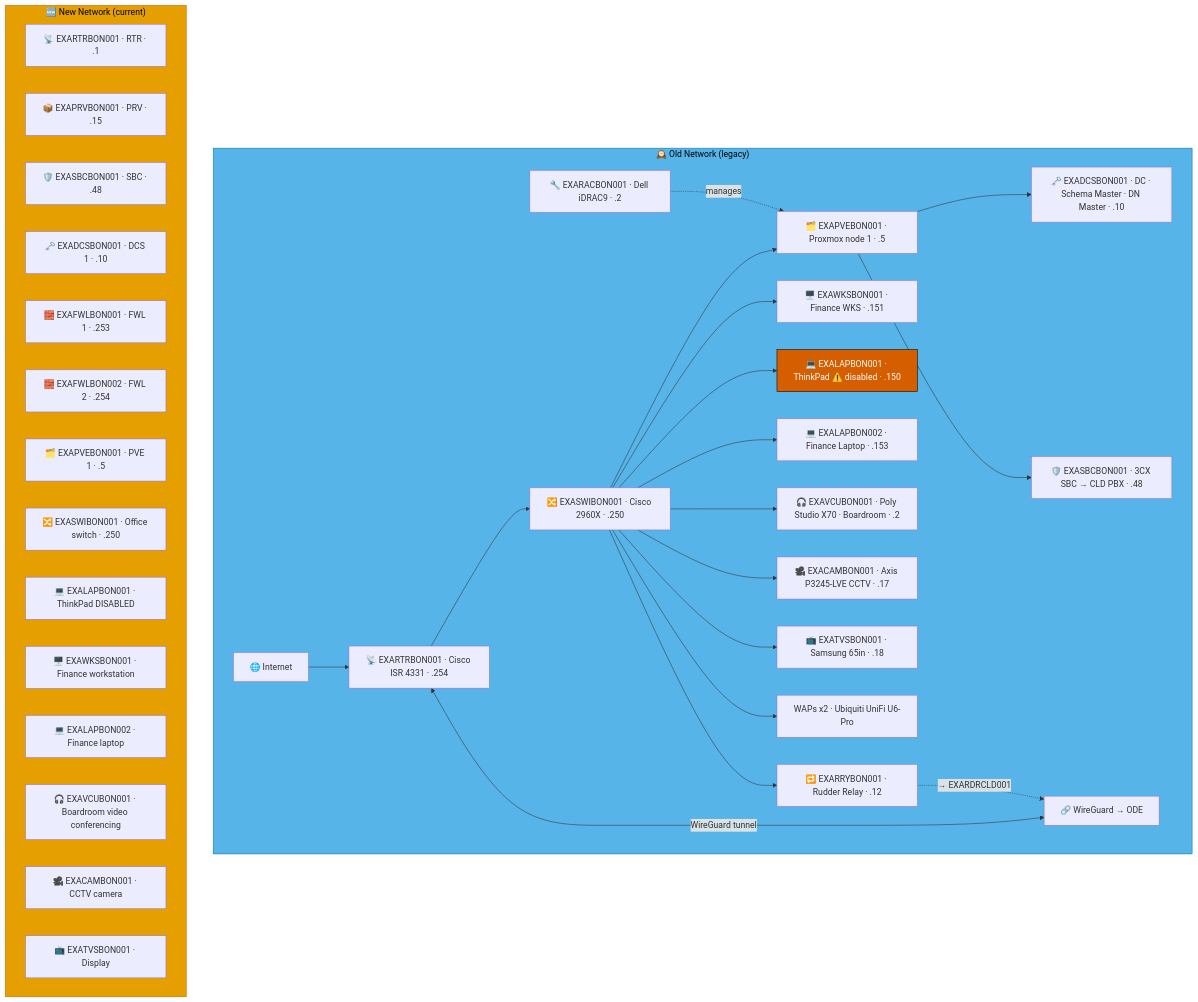
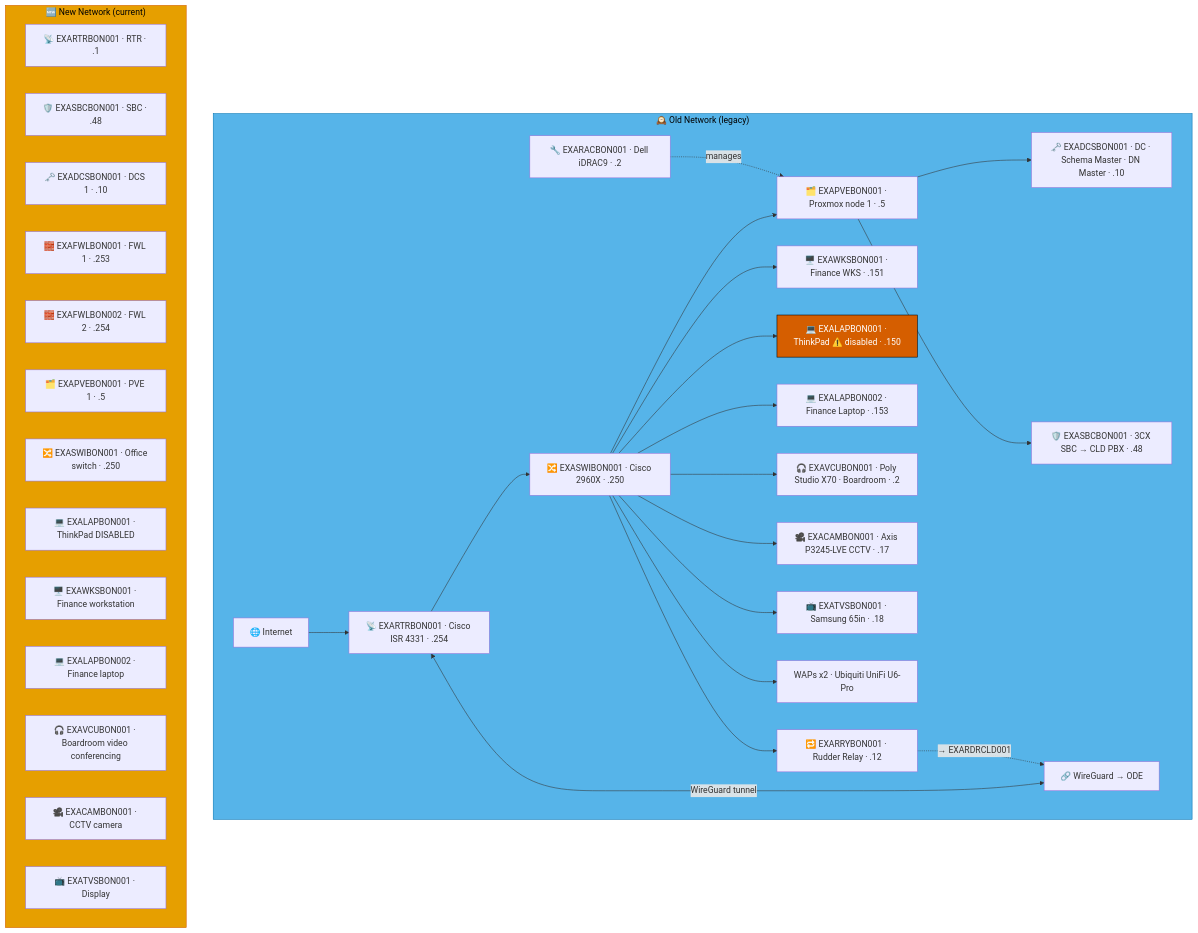
Before and after one commit to knightmare2600/example_music_infra: the first of 5 diagrams in docs/network-diagram/deutschland.md, drawn with Mermaid. The commit also changed other lines of this file and 55 other files, not shown here.

````diff
--- a/docs/network-diagram/deutschland.md
+++ b/docs/network-diagram/deutschland.md
@@ -17,52 +17,51 @@
 ```mermaid
 graph TD
     subgraph OLD_BON ["🕰️ Old Network (legacy)"]
       INET["🌐 Internet"]
       SW["🔀 EXASWIBON001 · Cisco 2960X · .250"]
       RTR["📡 EXARTRBON001 · Cisco ISR 4331 · .254"]
       RAC["🔧 EXARACBON001 · Dell iDRAC9 · .2"]
       PVE["🗂️ EXAPVEBON001 · Proxmox node 1 · .5"]
       DC["🗝️ EXADCSBON001 · DC · Schema Master · DN Master · .10"]
       SBC["🛡️ EXASBCBON001 · 3CX SBC → CLD PBX · .48"]
       RRY["🔁 EXARRYBON001 · Rudder Relay · .12"]
       WKS["🖥️ EXAWKSBON001 · Finance WKS · .151"]
       LAP1["💻 EXALAPBON001 · ThinkPad ⚠️ disabled · .150"]
       LAP2["💻 EXALAPBON002 · Finance Laptop · .153"]
       VCU["🎧 EXAVCUBON001 · Poly Studio X70 · Boardroom · .2"]
       CAM["🎥 EXACAMBON001 · Axis P3245-LVE CCTV · .17"]
       TV["📺 EXATVSBON001 · Samsung 65in · .18"]
       WAP["WAPs x2 · Ubiquiti UniFi U6-Pro"]
       VPN["🔗 WireGuard → ODE"]
 
       INET --> RTR --> SW
       SW --> PVE --> DC & SBC
       RAC -.->|"manages"| PVE
       SW --> WKS & LAP1 & LAP2 & VCU & CAM & TV & WAP
       RTR <-->|"WireGuard tunnel"| VPN
 
       SW --> RRY
       RRY -. "→ EXARDRCLD001" .-> VPN
     end
     style OLD_BON fill:#56B4E9,stroke:#0072B2,color:#000000
     %% GENERATED:NEW-NETWORK:BON:START
     subgraph NEW_BON ["🆕 New Network (current)"]
       N_RTR["📡 EXARTRBON001 · RTR · .1"]
-      N_PRV["📦 EXAPRVBON001 · PRV · .15"]
       N_SBC["🛡️ EXASBCBON001 · SBC · .48"]
       N_DCS["🗝️ EXADCSBON001 · DCS 1 · .10"]
       N_FWL["🧱 EXAFWLBON001 · FWL 1 · .253"]
       N_FWL2["🧱 EXAFWLBON002 · FWL 2 · .254"]
       N_PVE["🗂️ EXAPVEBON001 · PVE 1 · .5"]
       N_SWI["🔀 EXASWIBON001 · Office switch · .250"]
       N_LAP["💻 EXALAPBON001 · ThinkPad DISABLED"]
       N_WKS["🖥️ EXAWKSBON001 · Finance workstation"]
       N_LAP2["💻 EXALAPBON002 · Finance laptop"]
       N_VCU["🎧 EXAVCUBON001 · Boardroom video conferencing"]
       N_CAM["🎥 EXACAMBON001 · CCTV camera"]
       N_TVS["📺 EXATVSBON001 · Display"]
     end
     style NEW_BON fill:#E69F00,stroke:#D55E00,color:#000000
     %% GENERATED:NEW-NETWORK:BON:END
     classDef warn fill:#D55E00,stroke:#000000,color:#ffffff
     class LAP1 warn
 ```
````
